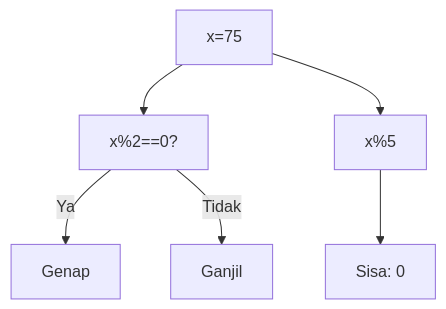
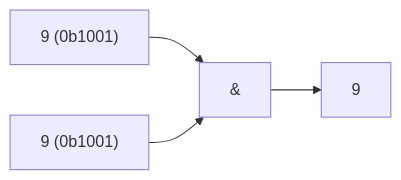
Diagram 18 of 25 in part-c-pemahaman-cpp/06-bitwise/latihan/set-10.md (amnahwaida/OSNK_INF_PREP), drawn with Mermaid before and after one commit. The commit also changed other lines of this file and 71 other files, not shown here.

````diff
--- a/part-c-pemahaman-cpp/06-bitwise/latihan/set-10.md
+++ b/part-c-pemahaman-cpp/06-bitwise/latihan/set-10.md
@@ -503,8 +470,6 @@
 ```mermaid
-graph TD
-A["x=75"] --> B["x%2==0?"]
-B -- Ya --> C["Genap"]
-B -- Tidak --> D["Ganjil"]
-A --> E["x%5"]
-E --> F["Sisa: 0"]
+graph LR
+A["9 (0b1001)"] --> C["&"]
+B["9 (0b1001)"] --> C
+C --> D["9"]
 ```
````
